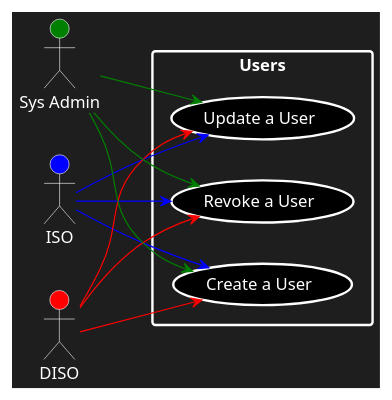
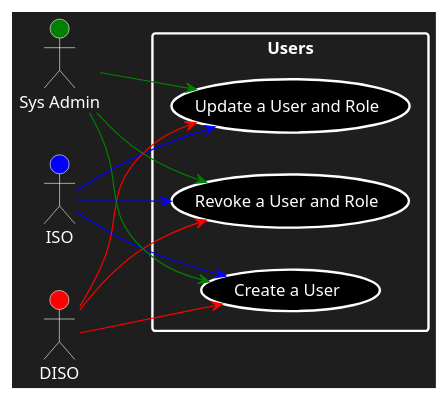
One commit to COS301-SE-2023/InfoSafe changed the diagram in Documentation/Diagrams/Users.puml. Above: the diagram before and after it, drawn with PlantUML.

Commit message:
Updated User diagram

```diff
--- a/Documentation/Diagrams/Users.puml
+++ b/Documentation/Diagrams/Users.puml
@@ -1,21 +1,21 @@
 @startuml
 skinparam backgroundColor #1e1e1e
 left to right direction
 actor "ISO" as iso #blue;text:white;line:white
 actor "DISO" as diso #red;text:white;line:white
 actor "Sys Admin" as sa #green;text:white;line:white
 rectangle Users #text:white;line.bold;line:white {
   usecase "Create a User" as UC1 #black;text:white;line.bold;line:white
-  usecase "Update a User" as UC2 #black;text:white;line.bold;line:white
-  usecase "Revoke a User" as UC3 #black;text:white;line.bold;line:white
+  usecase "Update a User and Role" as UC2 #black;text:white;line.bold;line:white
+  usecase "Revoke a User and Role" as UC3 #black;text:white;line.bold;line:white
 }
 iso -[#blue]-> UC1
 iso -[#blue]-> UC2
 iso -[#blue]-> UC3
 diso -[#red]-> UC1
 diso -[#red]-> UC2
 diso -[#red]-> UC3
 sa -[#green]-> UC1
 sa -[#green]-> UC2
 sa -[#green]-> UC3
 @enduml
```
